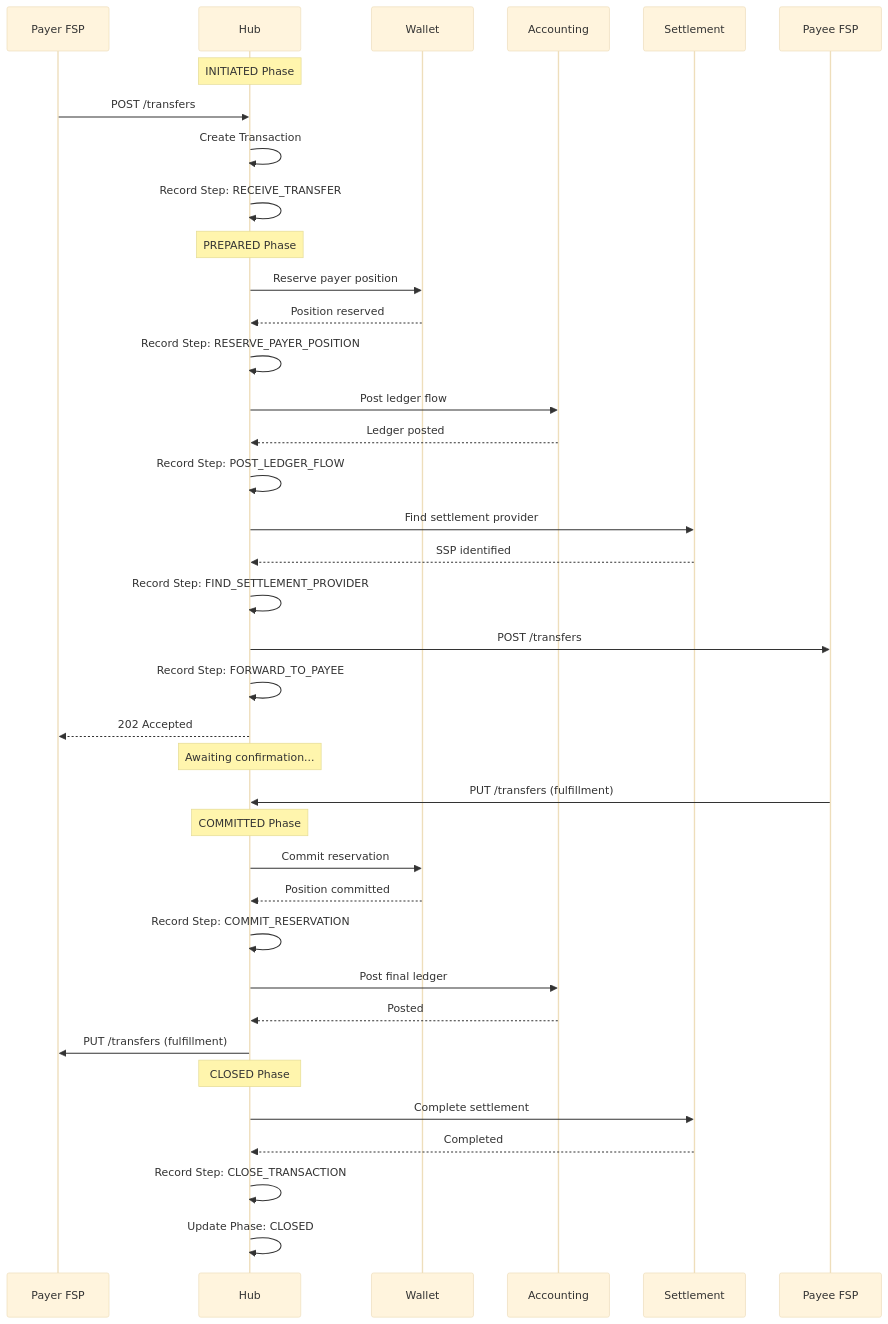
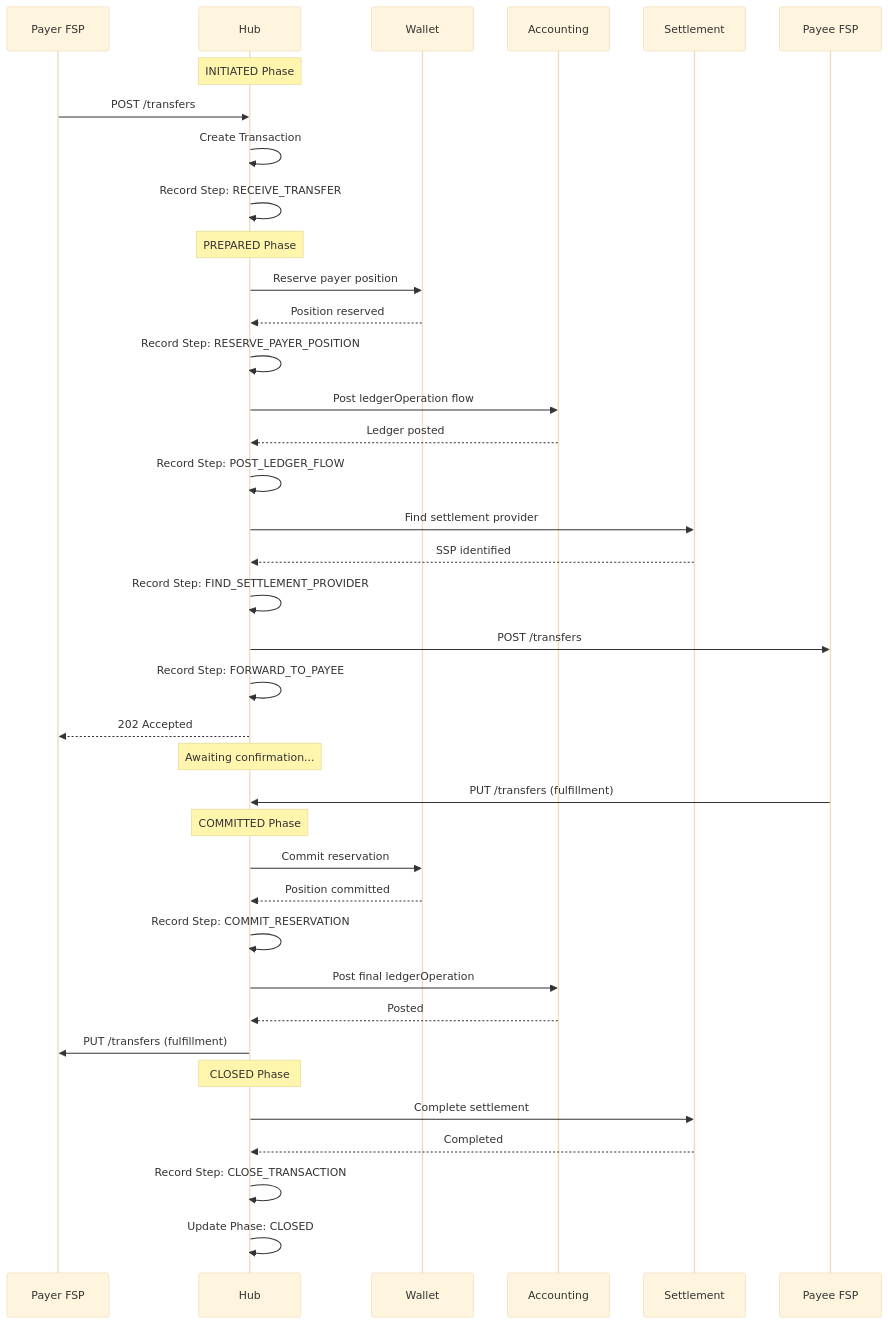
One commit to aungthawaye/mojave changed the second of 2 diagrams in docs/product/02-core-concepts/transaction-lifecycle.md. Above: the diagram before and after it, drawn with Mermaid (base theme). The commit also changed other lines of this file and 342 other files, not shown here.

````diff
--- a/docs/product/02-core-concepts/transaction-lifecycle.md
+++ b/docs/product/02-core-concepts/transaction-lifecycle.md
@@ -311,50 +311,50 @@
 ```mermaid
 sequenceDiagram
     participant Payer FSP
     participant Hub
     participant Wallet
     participant Accounting
     participant Settlement
     participant Payee FSP
 
     Note over Hub: INITIATED Phase
     Payer FSP->>Hub: POST /transfers
     Hub->>Hub: Create Transaction
     Hub->>Hub: Record Step: RECEIVE_TRANSFER
 
     Note over Hub: PREPARED Phase
     Hub->>Wallet: Reserve payer position
     Wallet-->>Hub: Position reserved
     Hub->>Hub: Record Step: RESERVE_PAYER_POSITION
 
-    Hub->>Accounting: Post ledger flow
+    Hub->>Accounting: Post ledgerOperation flow
     Accounting-->>Hub: Ledger posted
     Hub->>Hub: Record Step: POST_LEDGER_FLOW
 
     Hub->>Settlement: Find settlement provider
     Settlement-->>Hub: SSP identified
     Hub->>Hub: Record Step: FIND_SETTLEMENT_PROVIDER
 
     Hub->>Payee FSP: POST /transfers
     Hub->>Hub: Record Step: FORWARD_TO_PAYEE
     Hub-->>Payer FSP: 202 Accepted
 
     Note over Hub: Awaiting confirmation...
 
     Payee FSP->>Hub: PUT /transfers (fulfillment)
 
     Note over Hub: COMMITTED Phase
     Hub->>Wallet: Commit reservation
     Wallet-->>Hub: Position committed
     Hub->>Hub: Record Step: COMMIT_RESERVATION
 
-    Hub->>Accounting: Post final ledger
+    Hub->>Accounting: Post final ledgerOperation
     Accounting-->>Hub: Posted
     Hub->>Payer FSP: PUT /transfers (fulfillment)
 
     Note over Hub: CLOSED Phase
     Hub->>Settlement: Complete settlement
     Settlement-->>Hub: Completed
     Hub->>Hub: Record Step: CLOSE_TRANSACTION
     Hub->>Hub: Update Phase: CLOSED
 ```
````
